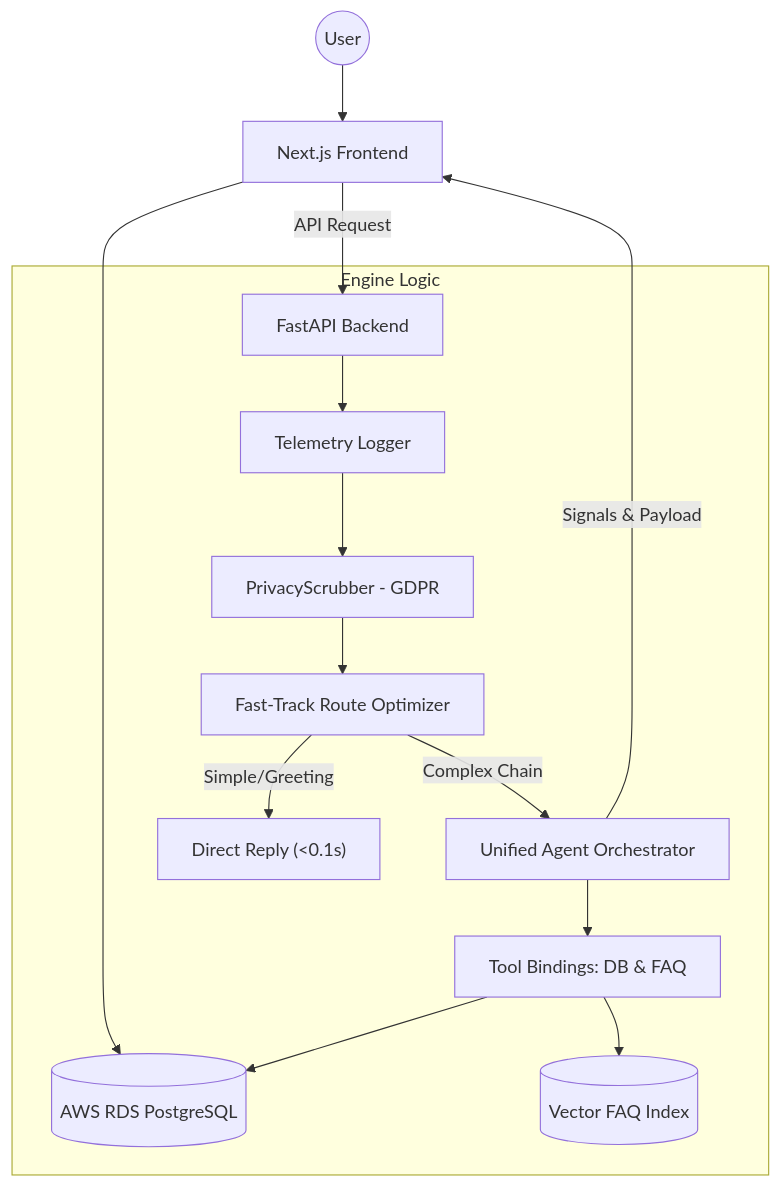
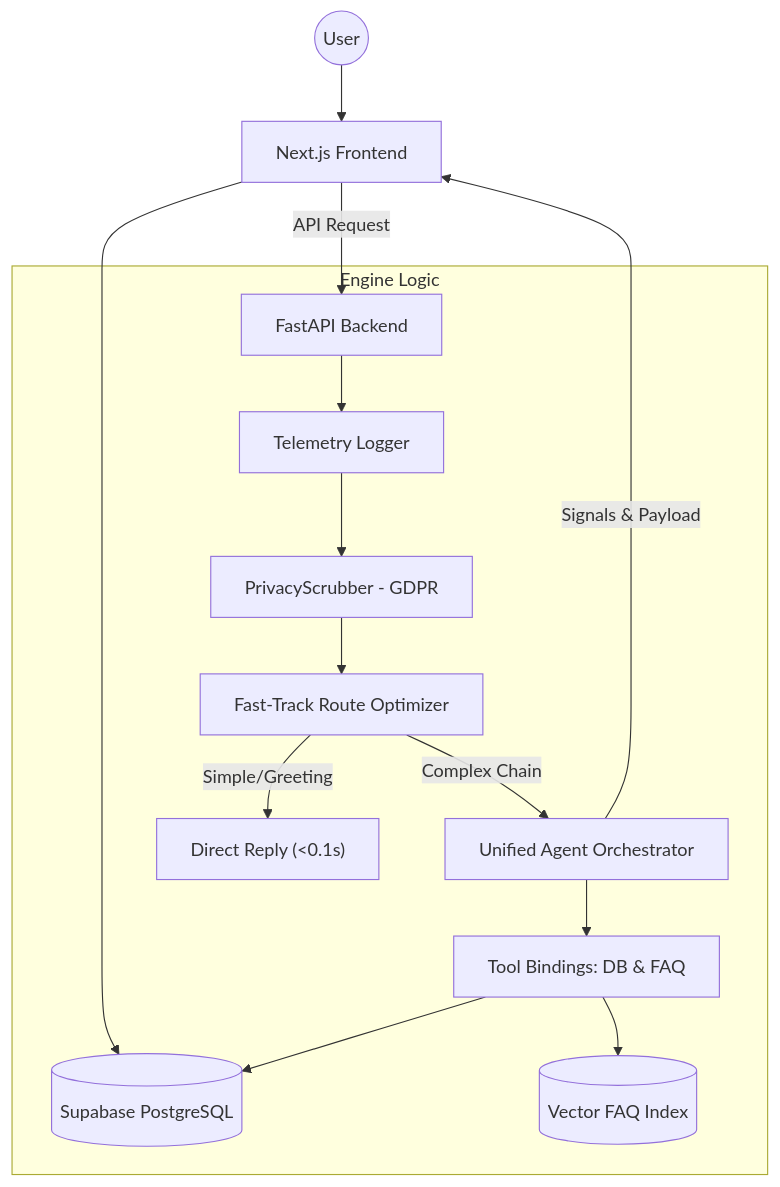
Before and after one commit to AliAlTaweel/ai_customer_support: the diagram in README.md, drawn with Mermaid. The commit also changed other lines of this file, not shown here.

Commit message:
docs: update root README to reference Supabase PostgreSQL and Storage

````diff
--- a/README.md
+++ b/README.md
@@ -68,19 +68,19 @@
 ```mermaid
 graph TD
     User((User)) --> Frontend[Next.js Frontend]
-    Frontend --> DB[(AWS RDS PostgreSQL)]
+    Frontend --> DB[(Supabase PostgreSQL)]
     Frontend -- "API Request" --> Backend[FastAPI Backend]
     
     subgraph "Engine Logic"
         Backend --> Telemetry[Telemetry Logger]
         Telemetry --> Privacy[PrivacyScrubber - GDPR]
         Privacy --> Router[Fast-Track Route Optimizer]
         Router -- "Simple/Greeting" --> Greeting["Direct Reply (<0.1s)"]
         Router -- "Complex Chain" --> UnifiedAgent[Unified Agent Orchestrator]
         UnifiedAgent --> Tools[Tool Bindings: DB & FAQ]
         Tools --> DB
         Tools --> FAQ[(Vector FAQ Index)]
     end
     
     UnifiedAgent -- "Signals & Payload" --> Frontend
 ```
````
